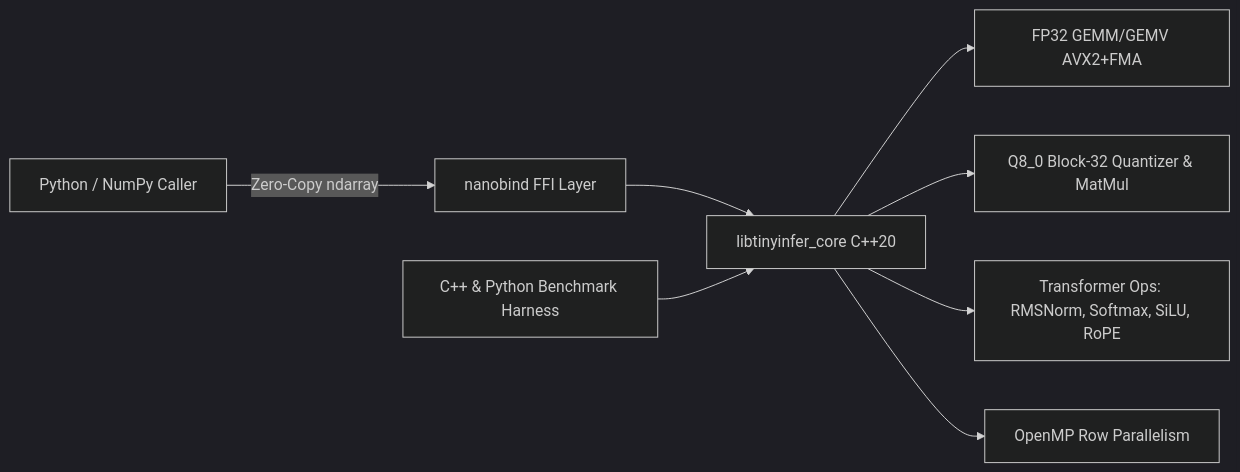
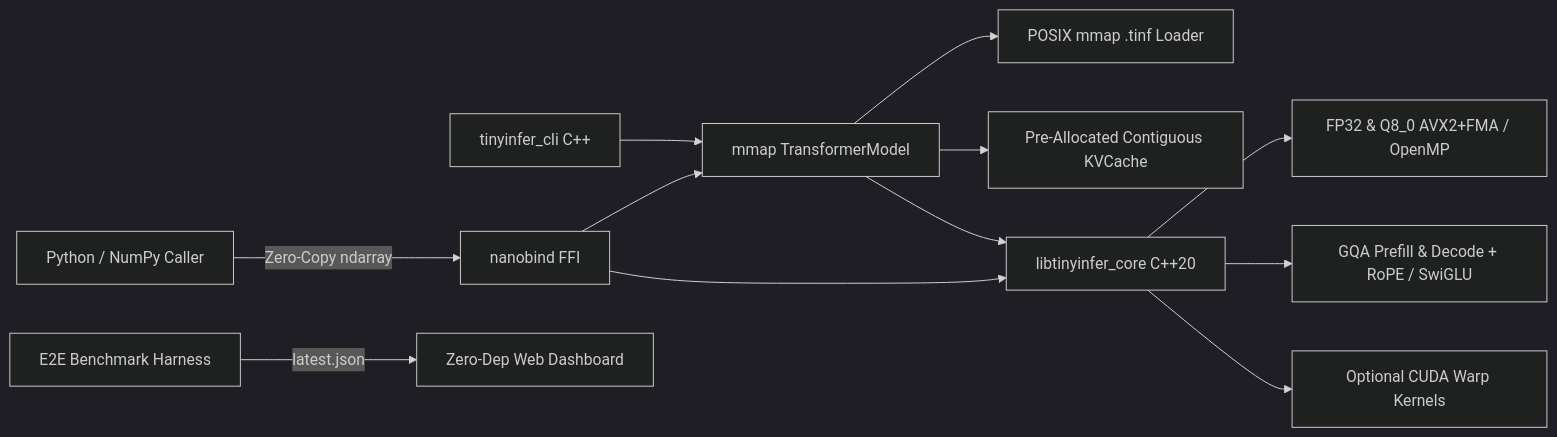
One commit to syahrulhidayat/tinyinfer-cpp changed the diagram in README.md. Above: the diagram before and after it, drawn with Mermaid (dark theme). The commit also changed other lines of this file and 4 other files, not shown here.

Commit message:
docs(readme): add full architecture diagram, verified kernel/E2E benchmarks, and CI CLI check

````diff
--- a/README.md
+++ b/README.md
@@ -12,10 +13,14 @@
 ```mermaid
 flowchart LR
-    PY[Python / NumPy Caller] -->|Zero-Copy ndarray| NB[nanobind FFI Layer]
+    CLI[tinyinfer_cli C++] --> RT[mmap TransformerModel]
+    PY[Python / NumPy Caller] -->|Zero-Copy ndarray| NB[nanobind FFI]
+    NB --> RT
     NB --> CORE[libtinyinfer_core C++20]
-    CORE --> FP32[FP32 GEMM/GEMV AVX2+FMA]
-    CORE --> Q8[Q8_0 Block-32 Quantizer & MatMul]
-    CORE --> OPS[Transformer Ops: RMSNorm, Softmax, SiLU, RoPE]
-    CORE --> OMP[OpenMP Row Parallelism]
-    BENCH[C++ & Python Benchmark Harness] --> CORE
+    RT --> MMAP[POSIX mmap .tinf Loader]
+    RT --> KV[Pre-Allocated Contiguous KVCache]
+    RT --> CORE
+    CORE --> SIMD[FP32 & Q8_0 AVX2+FMA / OpenMP]
+    CORE --> GQA[GQA Prefill & Decode + RoPE / SwiGLU]
+    CORE --> CUDA[Optional CUDA Warp Kernels]
+    BENCH[E2E Benchmark Harness] -->|latest.json| DASH[Zero-Dep Web Dashboard]
 ```
````
